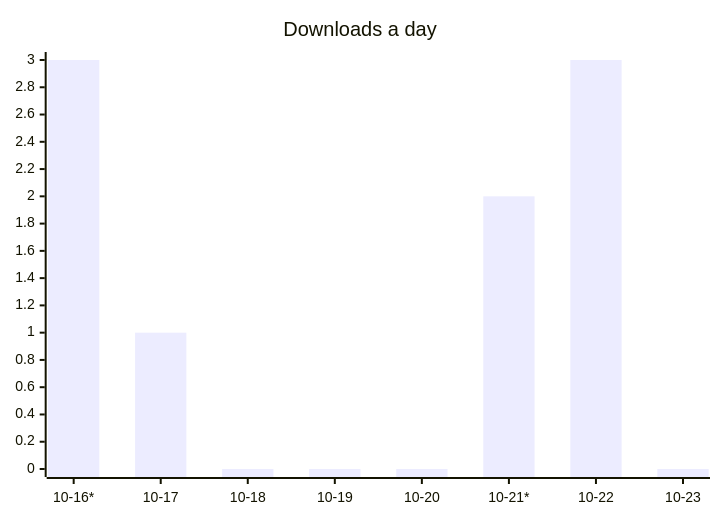
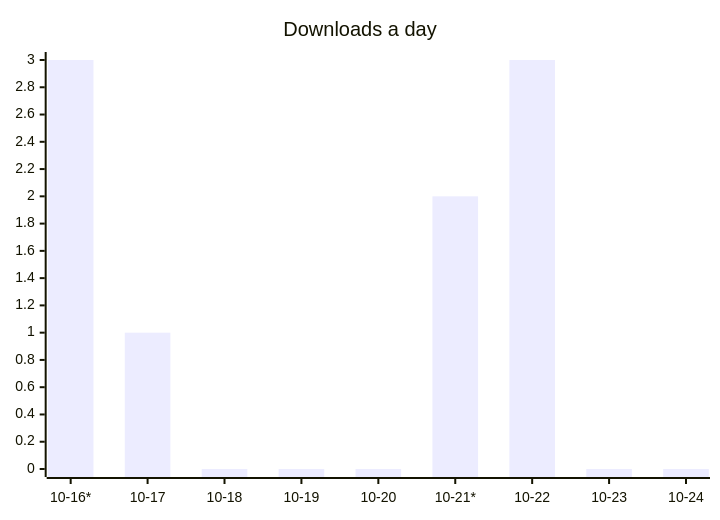
The first of 3 diagrams in README.md (ArtemkaGoldMan/ContextSwitcher), drawn with Mermaid before and after one commit. The commit also changed other lines of this file and 6 other files, not shown here.

````diff
--- a/README.md
+++ b/README.md
@@ -30,6 +30,6 @@
 ```mermaid
 xychart-beta
     title "Downloads a day"
-    x-axis ["10-16*", "10-17", "10-18", "10-19", "10-20", "10-21*", "10-22", "10-23"]
-    bar [3, 1, 0, 0, 0, 2, 3, 0]
+    x-axis ["10-16*", "10-17", "10-18", "10-19", "10-20", "10-21*", "10-22", "10-23", "10-24"]
+    bar [3, 1, 0, 0, 0, 2, 3, 0, 0]
 ```
````
